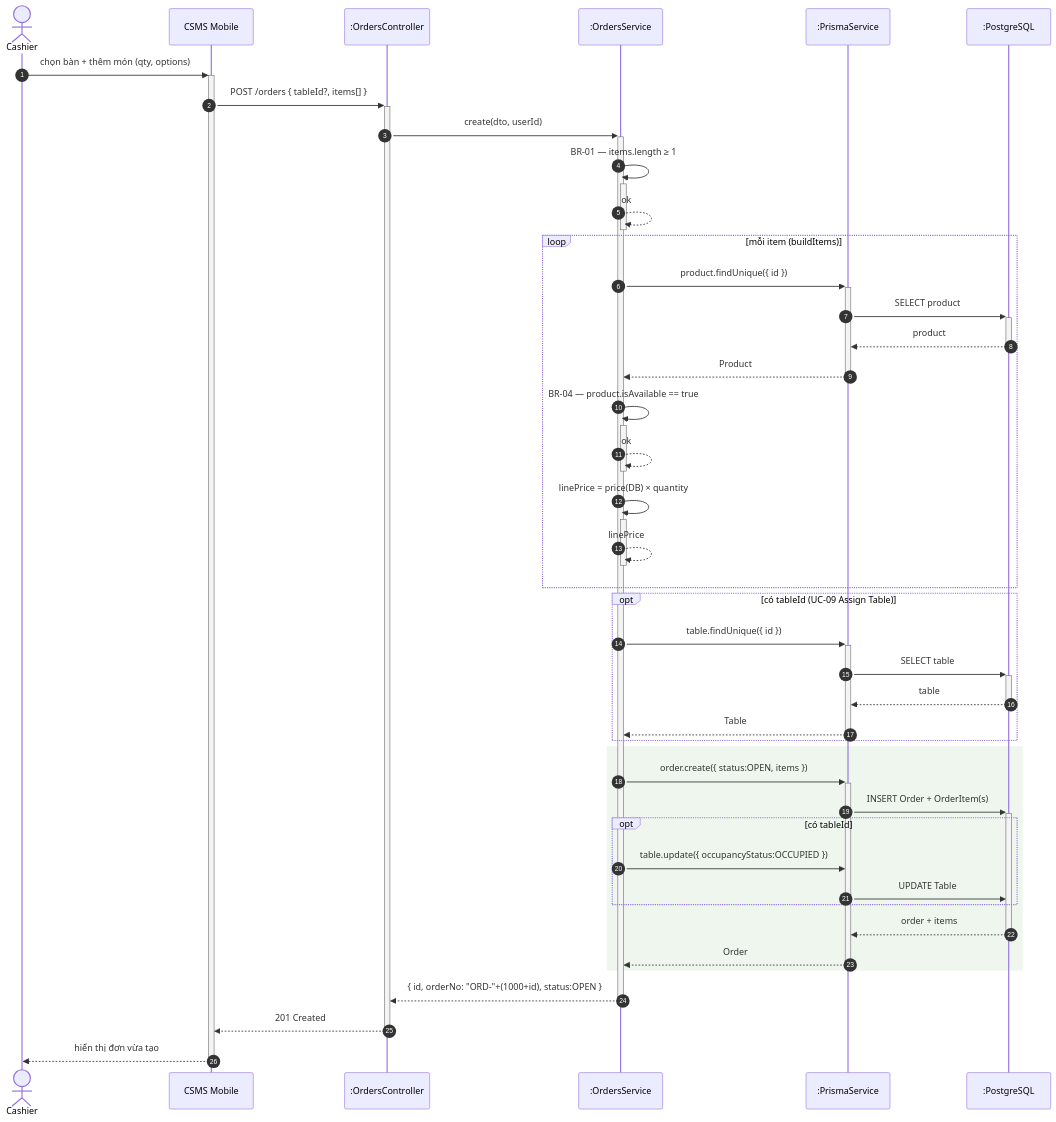
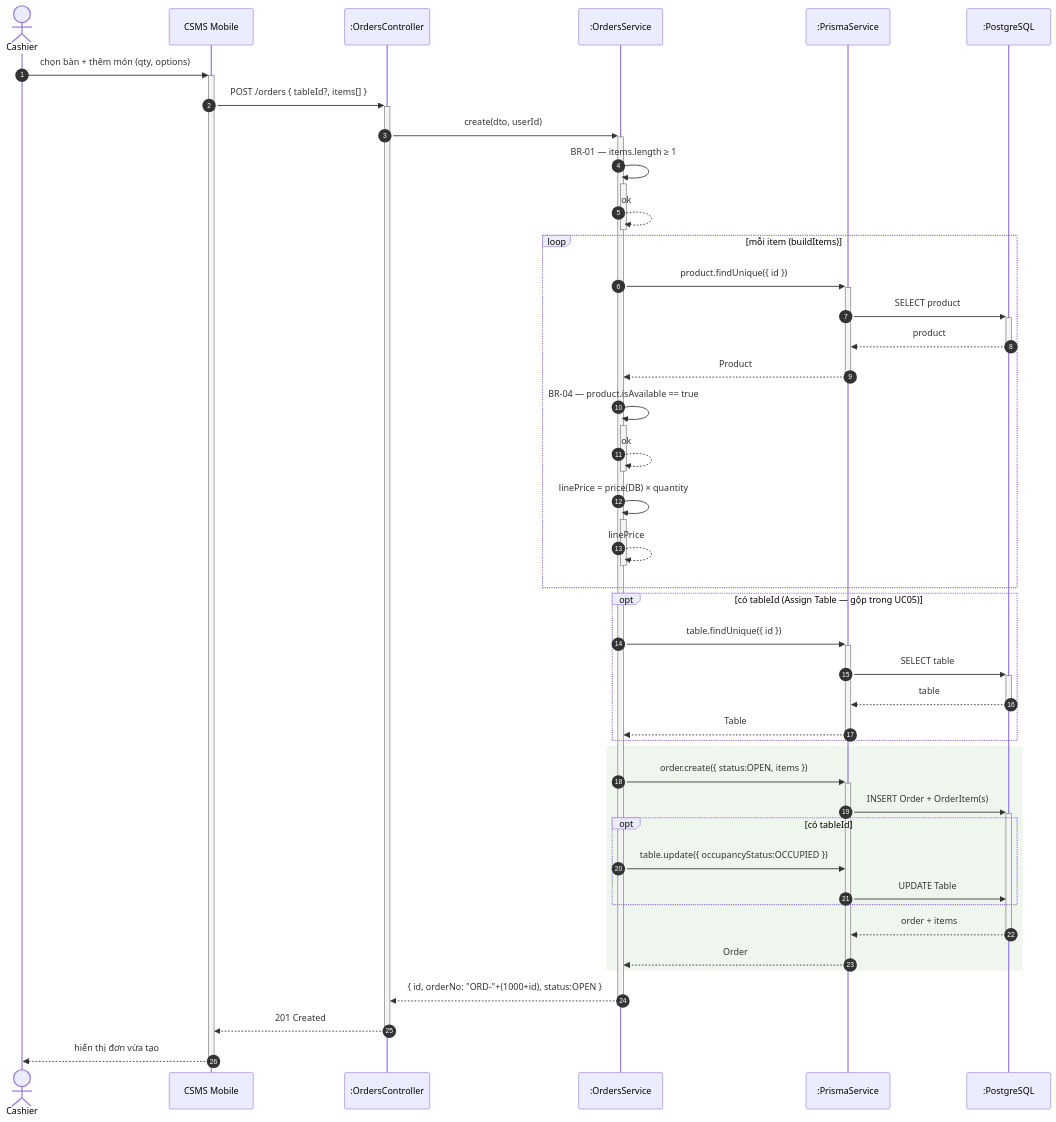
One commit to callmehai/Cafe-Shop-Management-System changed the fourth of 17 diagrams in docs/sequence-diagrams.md. Above: the diagram before and after it, drawn with Mermaid. The commit also changed other lines of this file, not shown here.

Commit message:
docs: add sequence diagrams documenting backend flow and internal mobile app architecture

````diff
--- a/docs/sequence-diagrams.md
+++ b/docs/sequence-diagrams.md
@@ -208,48 +208,48 @@
 ```mermaid
 sequenceDiagram
     autonumber
     actor C as Cashier
     participant App as CSMS Mobile
     participant API as :OrdersController
     participant SVC as :OrdersService
     participant ORM as :PrismaService
     participant DB as :PostgreSQL
 
     C->>+App: chọn bàn + thêm món (qty, options)
     App->>+API: POST /orders { tableId?, items[] }
     API->>+SVC: create(dto, userId)
 
     SVC->>+SVC: BR-01 — items.length ≥ 1
     SVC-->>-SVC: ok
     loop mỗi item (buildItems)
         SVC->>+ORM: product.findUnique({ id })
         ORM->>+DB: SELECT product
         DB-->>-ORM: product
         ORM-->>-SVC: Product
         SVC->>+SVC: BR-04 — product.isAvailable == true
         SVC-->>-SVC: ok
         SVC->>+SVC: linePrice = price(DB) × quantity
         SVC-->>-SVC: linePrice
     end
 
-    opt có tableId (UC-09 Assign Table)
+    opt có tableId (Assign Table — gộp trong UC05)
         SVC->>+ORM: table.findUnique({ id })
         ORM->>+DB: SELECT table
         DB-->>-ORM: table
         ORM-->>-SVC: Table
     end
 
     rect rgb(238,246,238)
         SVC->>+ORM: order.create({ status:OPEN, items })
         ORM->>+DB: INSERT Order + OrderItem(s)
         opt có tableId
             SVC->>ORM: table.update({ occupancyStatus:OCCUPIED })
             ORM->>DB: UPDATE Table
         end
         DB-->>-ORM: order + items
         ORM-->>-SVC: Order
     end
     SVC-->>-API: { id, orderNo: "ORD-"+(1000+id), status:OPEN }
     API-->>-App: 201 Created
     App-->>-C: hiển thị đơn vừa tạo
 ```
````
